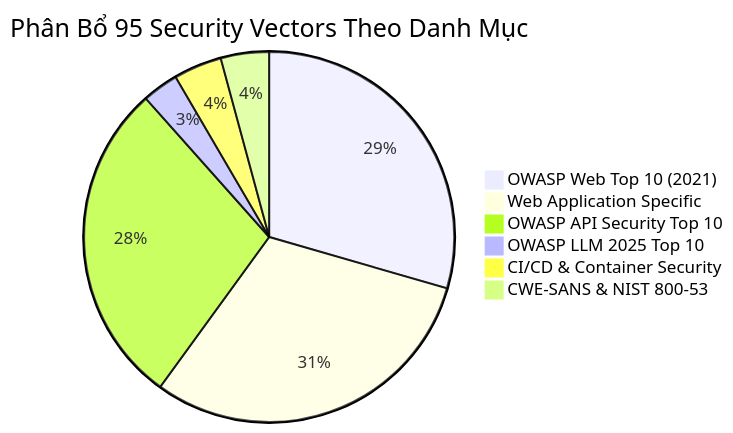
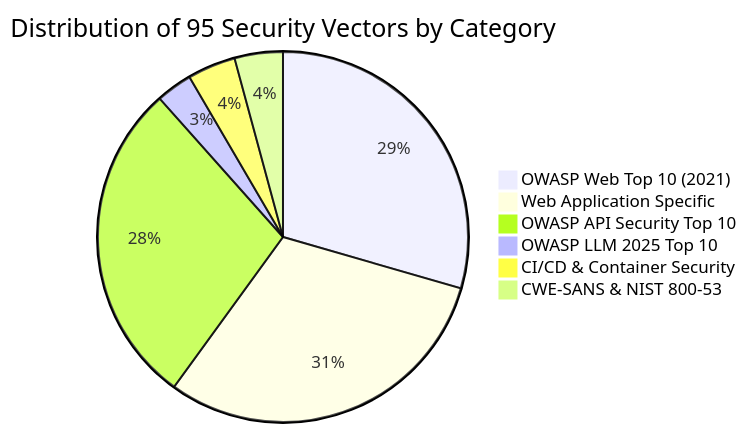
Before and after one commit to nguyenduydan/security-sast-guard-plugin: the first of 2 diagrams in docs/wiki/Rule-Engine-and-Taxonomy.md, drawn with Mermaid. The commit also changed other lines of this file and 6 other files, not shown here.

````diff
--- a/docs/wiki/Rule-Engine-and-Taxonomy.md
+++ b/docs/wiki/Rule-Engine-and-Taxonomy.md
@@ -11,9 +11,9 @@
 ```mermaid
-pie title Phân Bổ 95 Security Vectors Theo Danh Mục
+pie title Distribution of 95 Security Vectors by Category
     "OWASP Web Top 10 (2021)" : 28
     "Web Application Specific" : 29
     "OWASP API Security Top 10" : 27
     "OWASP LLM 2025 Top 10" : 3
     "CI/CD & Container Security" : 4
     "CWE-SANS & NIST 800-53" : 4
 ```
````
